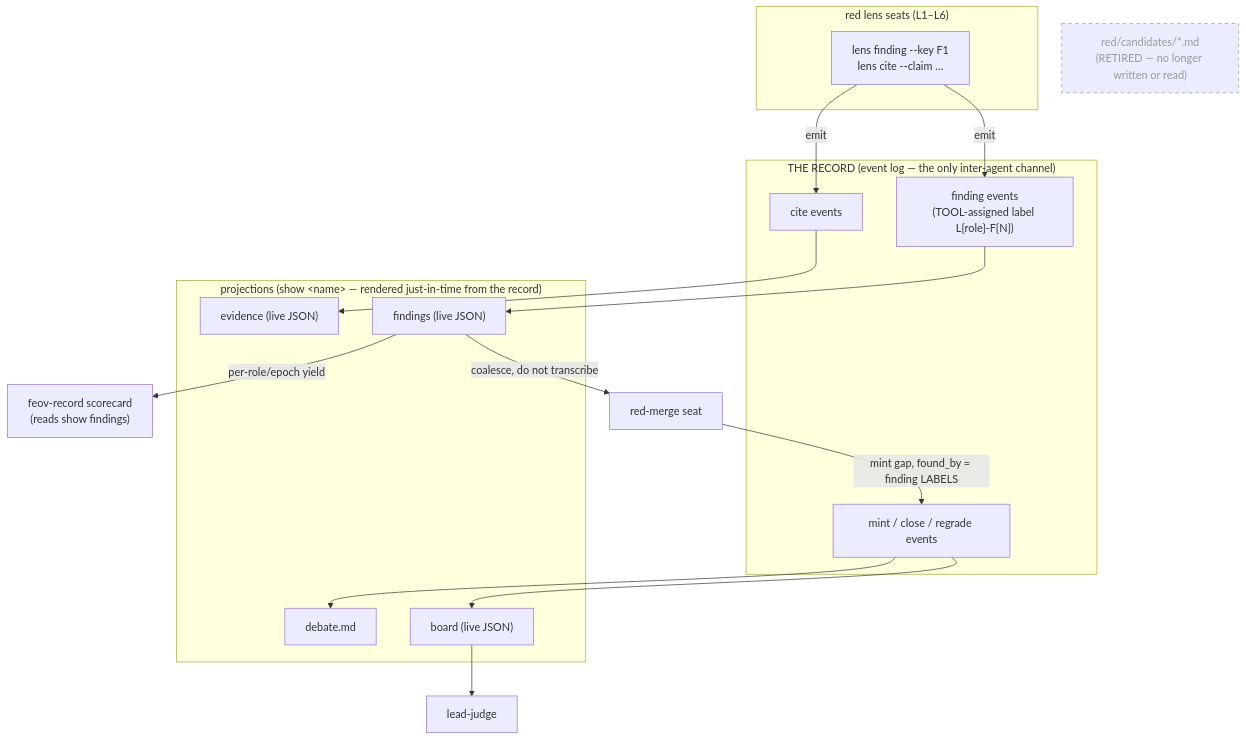
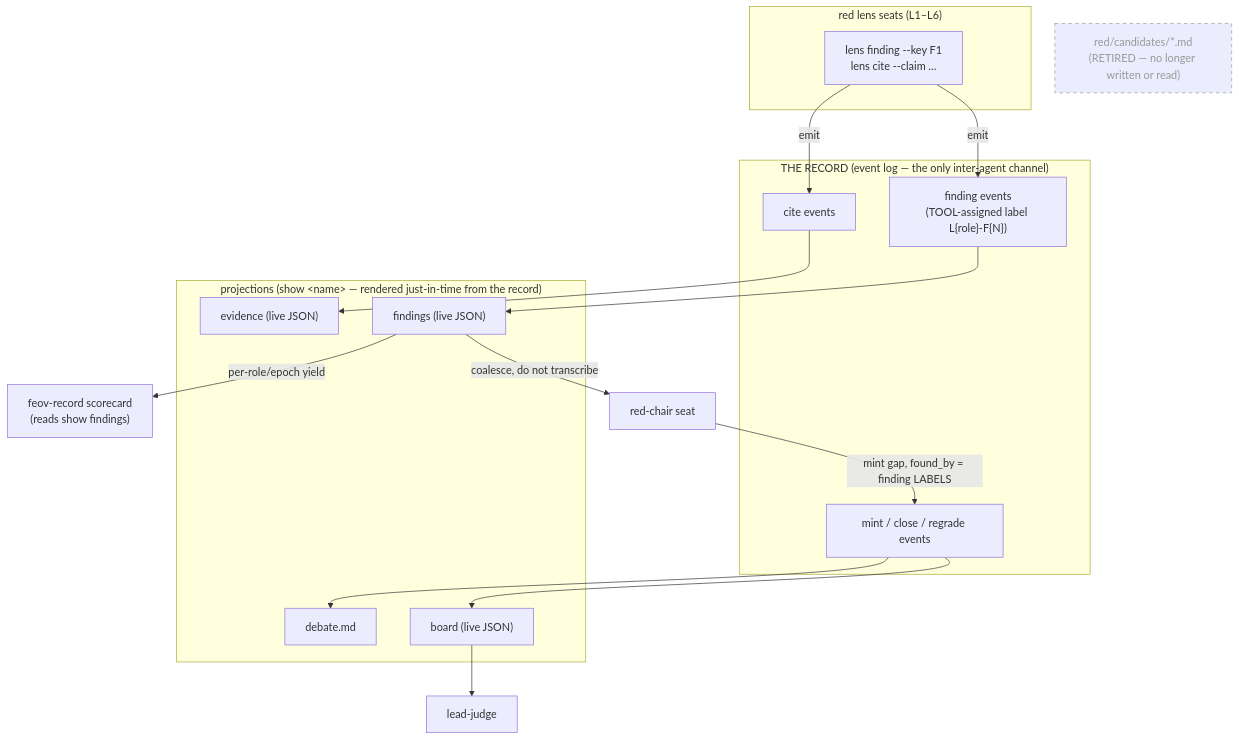
Before and after one commit to ctoforaday/special-circumstances: the second of 3 diagrams in plugins/frank-exchange-of-views/docs/record-flow.md, drawn with Mermaid. The commit also changed 4 other files, not shown here.

````diff
--- a/plugins/frank-exchange-of-views/docs/record-flow.md
+++ b/plugins/frank-exchange-of-views/docs/record-flow.md
@@ -30,35 +30,35 @@
 ```mermaid
 flowchart TB
   subgraph lenses["red lens seats (L1–L6)"]
     L["lens finding --key F1<br/>lens cite --claim …"]
   end
   subgraph record["THE RECORD (event log — the only inter-agent channel)"]
     FE["finding events<br/>(TOOL-assigned label L{role}-F{N})"]
     CE["cite events"]
     ME["mint / close / regrade events"]
   end
   subgraph views["projections (show &lt;name&gt; — rendered just-in-time from the record)"]
     FV["findings (live JSON)"]
     CL["evidence (live JSON)"]
     BD["board (live JSON)"]
     DBT["debate.md"]
   end
-  merge["red-merge seat"]
+  merge["red-chair seat"]
   score["feov-record scorecard<br/>(reads show findings)"]
   bench["lead-judge"]
 
   L -->|emit| FE
   L -->|emit| CE
   FE --> FV
   CE --> CL
   ME --> BD
   FV -->|coalesce, do not transcribe| merge
   merge -->|mint gap, found_by = finding LABELS| ME
   FV -->|per-role/epoch yield| score
   BD --> bench
   ME --> DBT
 
   X["red/candidates/*.md<br/>(RETIRED — no longer written or read)"]
   class X retired
   classDef retired stroke-dasharray:5 5,color:#999,stroke:#999
 ```
````
